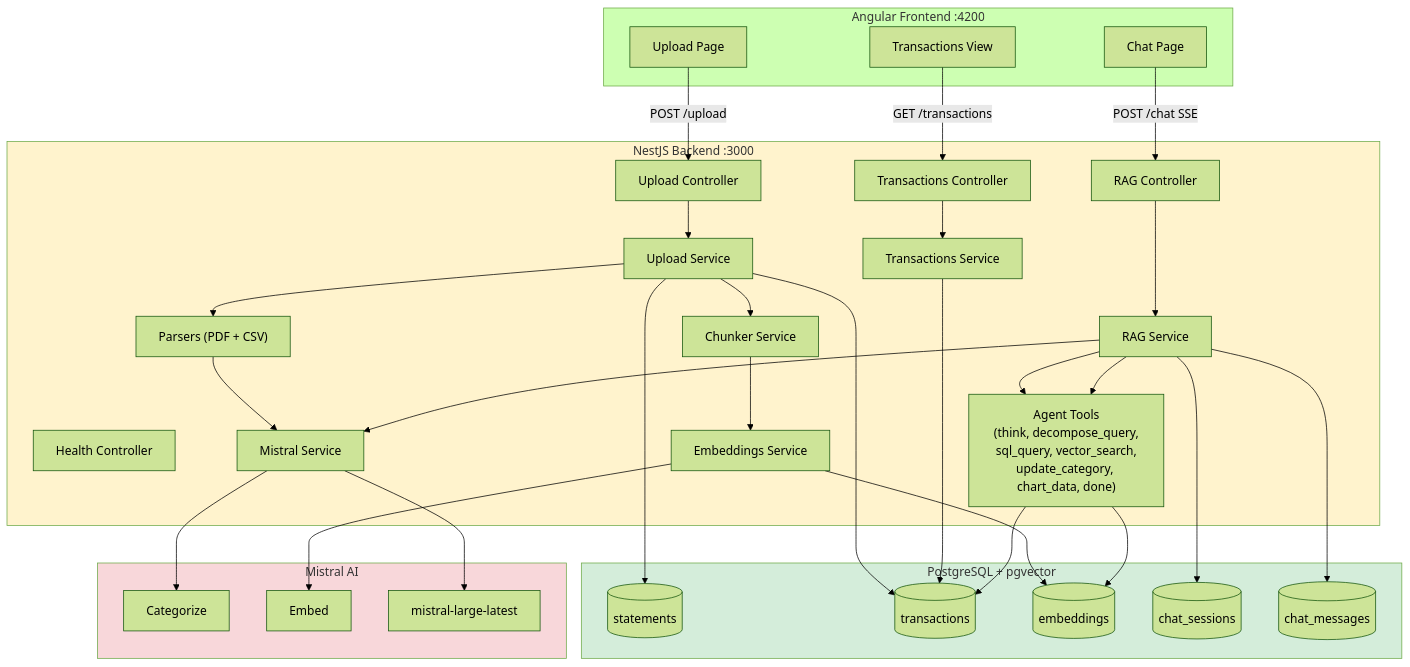
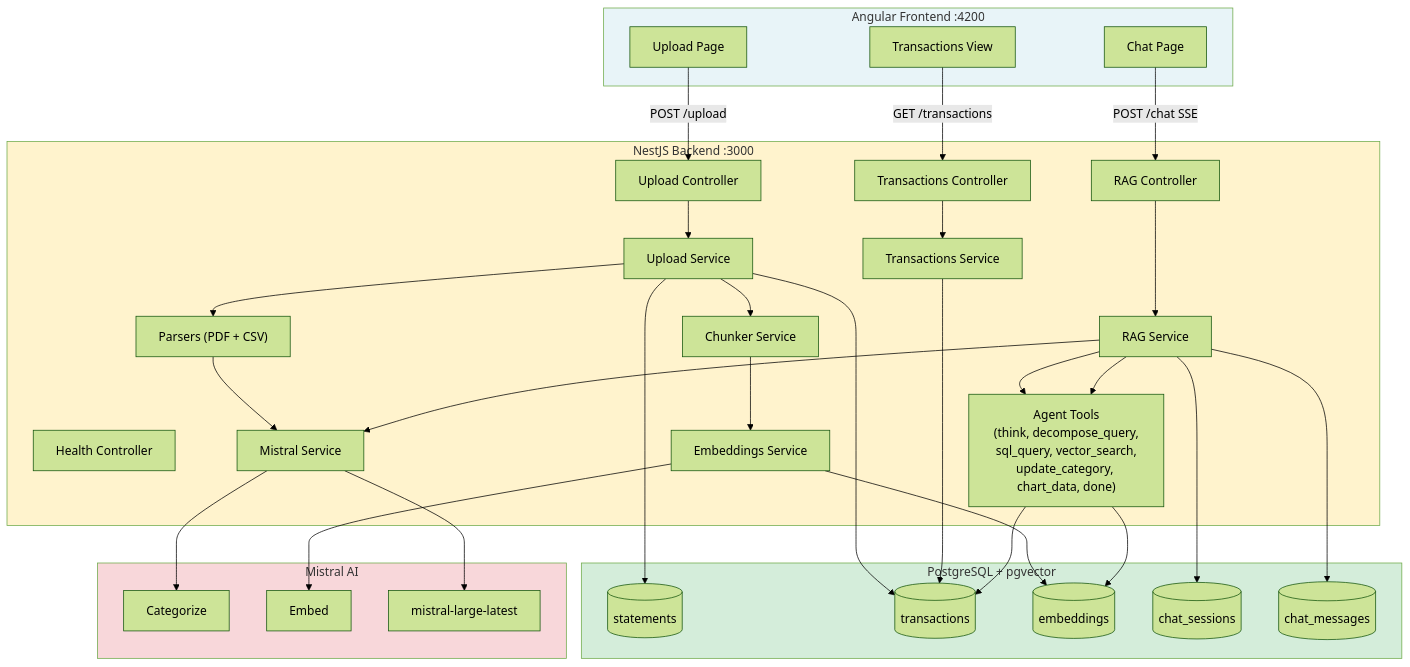
The diagram in README.md (darth-dodo/ledger), drawn with Mermaid (forest theme) before and after one commit.

Commit message:
docs: fix duplicate Frontend subgraph in README architecture diagram

````diff
--- a/README.md
+++ b/README.md
@@ -57,64 +57,59 @@
 ```mermaid
 graph TB
-    subgraph Frontend ["Angular Frontend :4200"]
-        UP[Upload Page]
-        TX[Transactions View]
-    end
-
     subgraph Frontend ["Angular Frontend :4200"]
         UP[Upload Page]
         TX[Transactions View]
         CH[Chat Page]
     end
 
     subgraph Backend ["NestJS Backend :3000"]
         UC[Upload Controller]
         TC[Transactions Controller]
         RC[RAG Controller]
         HC[Health Controller]
 
         US[Upload Service]
         PS["Parsers (PDF + CSV)"]
         MS[Mistral Service]
         CS[Chunker Service]
         ES[Embeddings Service]
         TS[Transactions Service]
         RS[RAG Service]
         AG["Agent Tools\n(think, decompose_query,\nsql_query, vector_search,\nupdate_category, chart_data, done)"]
     end
 
     subgraph Data ["PostgreSQL + pgvector"]
         ST[(statements)]
         TT[(transactions)]
         EM[(embeddings)]
         SS[(chat_sessions)]
         SM[(chat_messages)]
     end
 
     subgraph External ["Mistral AI"]
         CAT[Categorize]
         EMB[Embed]
         LLM[mistral-large-latest]
     end
 
     UP -->|POST /upload| UC
     TX -->|GET /transactions| TC
     CH -->|POST /chat SSE| RC
 
     UC --> US --> PS --> MS --> CAT
     US --> CS --> ES --> EMB
     US --> ST
     US --> TT
     ES --> EM
     TC --> TS --> TT
     RC --> RS --> MS --> LLM
     RS --> AG --> TT
     RS --> AG --> EM
     RS --> SS
     RS --> SM
 
     style Frontend fill:#e8f4f8
     style Backend fill:#fff3cd
     style Data fill:#d4edda
     style External fill:#f8d7da
 ```
````
